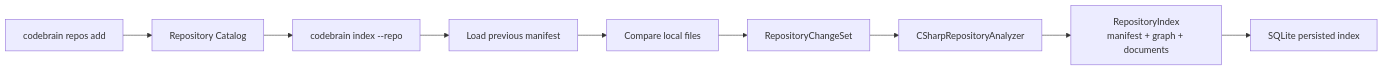
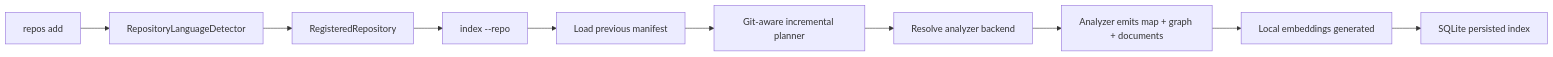
One commit to Gavinluo/Oscar changed the second of 4 diagrams in ARCHITECTURE.md. Above: the diagram before and after it, drawn with Mermaid. The commit also changed other lines of this file and 32 other files, not shown here.

````diff
--- a/ARCHITECTURE.md
+++ b/ARCHITECTURE.md
@@ -75,11 +42,12 @@
 ```mermaid
 flowchart LR
-    A["codebrain repos add"] --> B["Repository Catalog"]
-    B --> C["codebrain index --repo <id>"]
-    C --> D["Load previous manifest"]
-    D --> E["Compare local files"]
-    E --> F["RepositoryChangeSet"]
-    F --> G["CSharpRepositoryAnalyzer"]
-    G --> H["RepositoryIndex\nmanifest + graph + documents"]
-    H --> I["SQLite persisted index"]
+    A["repos add"] --> B["RepositoryLanguageDetector"]
+    B --> C["RegisteredRepository"]
+    C --> D["index --repo <id>"]
+    D --> E["Load previous manifest"]
+    E --> F["Git-aware incremental planner"]
+    F --> G["Resolve analyzer backend"]
+    G --> H["Analyzer emits map + graph + documents"]
+    H --> I["Local embeddings generated"]
+    I --> J["SQLite persisted index"]
 ```
````
